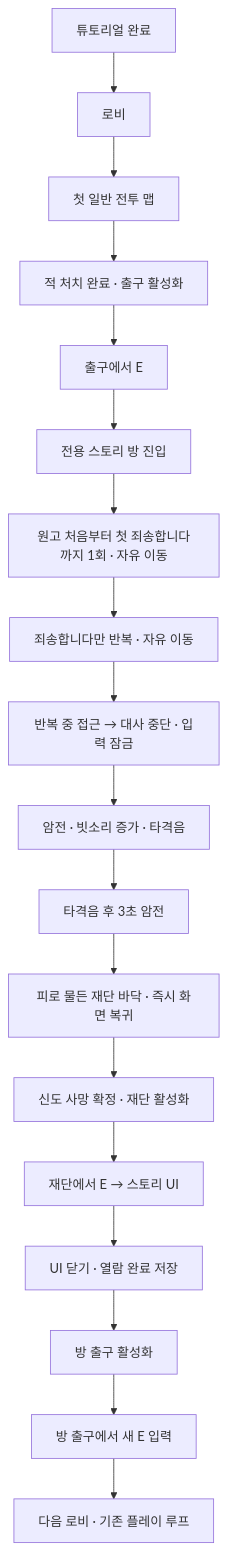
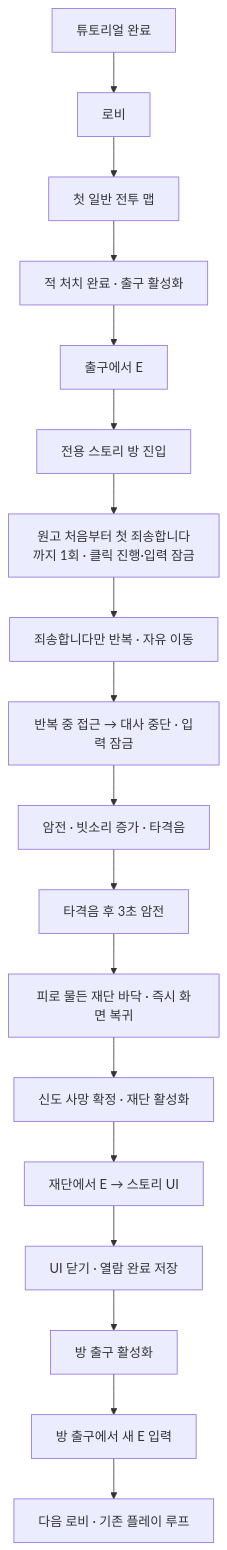
One commit to kaiytr/believe_in_the_clouds changed the diagram in Docs/FirstAltarStory_Design.md. Above: the diagram before and after it, drawn with Mermaid. The commit also changed other lines of this file and 9 other files, not shown here.

````diff
--- a/Docs/FirstAltarStory_Design.md
+++ b/Docs/FirstAltarStory_Design.md
@@ -35,20 +35,20 @@
 ```mermaid
 flowchart TD
     T[튜토리얼 완료] --> L[로비]
     L --> C[첫 일반 전투 맵]
     C --> K[적 처치 완료 · 출구 활성화]
     K --> E[출구에서 E]
     E --> R[전용 스토리 방 진입]
-    R --> P[원고 처음부터 첫 죄송합니다까지 1회 · 자유 이동]
+    R --> P[원고 처음부터 첫 죄송합니다까지 1회 · 클릭 진행·입력 잠금]
     P --> S[죄송합니다만 반복 · 자유 이동]
     S --> D[반복 중 접근 → 대사 중단 · 입력 잠금]
     D --> B[암전 · 빗소리 증가 · 타격음]
     B --> H[타격음 후 3초 암전]
     H --> V[피로 물든 재단 바닥 · 즉시 화면 복귀]
     V --> U[신도 사망 확정 · 재단 활성화]
     U --> A[재단에서 E → 스토리 UI]
     A --> Q[UI 닫기 · 열람 완료 저장]
     Q --> O[방 출구 활성화]
     O --> X[방 출구에서 새 E 입력]
     X --> N[다음 로비 · 기존 플레이 루프]
 ```
````
